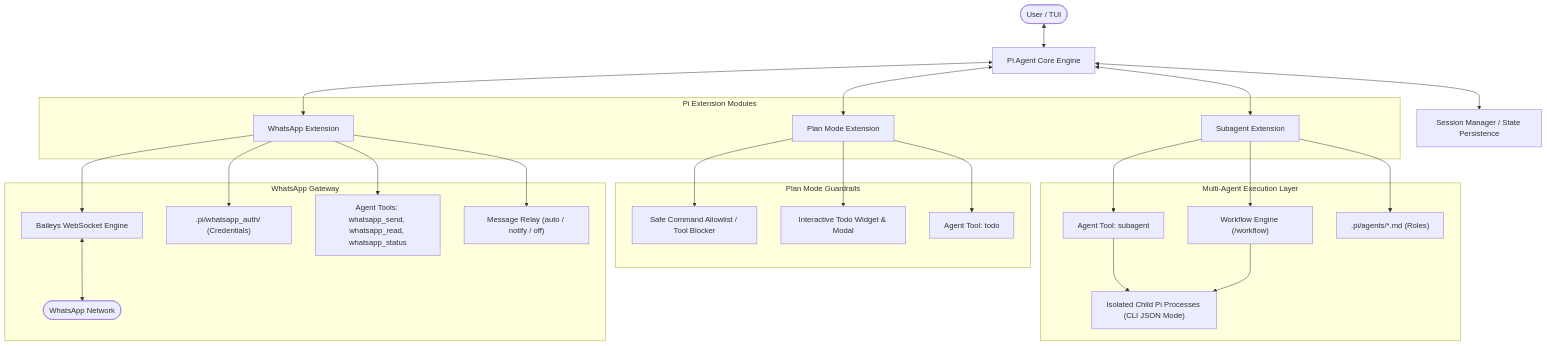
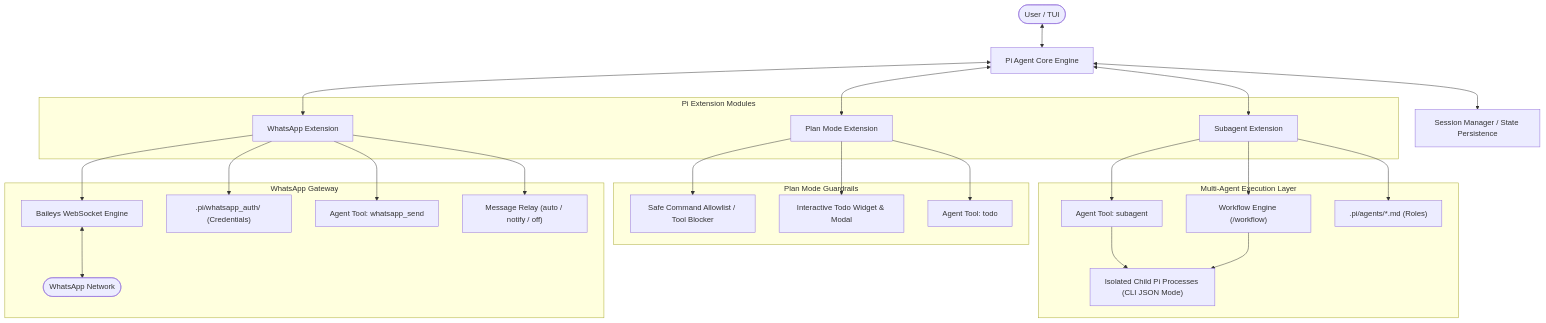
The diagram in README.md (jjkwiee1031/pi-custom-extensions), drawn with Mermaid before and after one commit. The commit also changed other lines of this file and 9 other files, not shown here.

Commit message:
feat: simplify WhatsApp extension to 2-file architecture, single tool, and lean client

````diff
--- a/README.md
+++ b/README.md
@@ -45,38 +45,38 @@
 ```mermaid
 flowchart TD
     User([User / TUI]) <--> Pi[Pi Agent Core Engine]
     
     subgraph Extensions [Pi Extension Modules]
         PM[Plan Mode Extension]
         SA[Subagent Extension]
         WA[WhatsApp Extension]
     end
 
     Pi <--> PM
     Pi <--> SA
     Pi <--> WA
 
     subgraph PlanModeRuntime [Plan Mode Guardrails]
         PM --> Guard[Safe Command Allowlist / Tool Blocker]
         PM --> TodoUI[Interactive Todo Widget & Modal]
         PM --> TodoTool["Agent Tool: todo"]
     end
 
     subgraph SubagentRuntime [Multi-Agent Execution Layer]
         SA --> SubTool["Agent Tool: subagent"]
         SA --> WorkflowEngine["Workflow Engine (/workflow)"]
         SA --> AgentsRegistry[".pi/agents/*.md (Roles)"]
         SubTool --> ChildProc["Isolated Child Pi Processes (CLI JSON Mode)"]
         WorkflowEngine --> ChildProc
     end
 
     subgraph WhatsAppRuntime [WhatsApp Gateway]
         WA --> Baileys["Baileys WebSocket Engine"]
         WA --> AuthStore[".pi/whatsapp_auth/ (Credentials)"]
-        WA --> WATools["Agent Tools: whatsapp_send, whatsapp_read, whatsapp_status"]
+        WA --> WATools["Agent Tool: whatsapp_send"]
         WA --> WARelay["Message Relay (auto / notify / off)"]
         Baileys <--> WhatsAppNet([WhatsApp Network])
     end
 
     Pi <--> Session[Session Manager / State Persistence]
 ```
````
